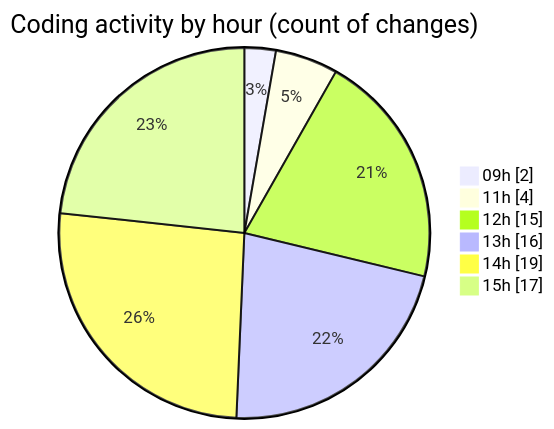
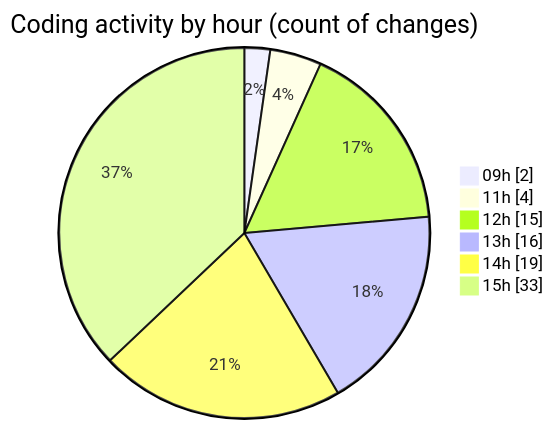
One commit to Elitesun/code-tracking changed the second of 2 diagrams in 2025-04-30/niten/README.md. Above: the diagram before and after it, drawn with Mermaid. The commit also changed other lines of this file and 1 other file, not shown here.

````diff
--- a/2025-04-30/niten/README.md
+++ b/2025-04-30/niten/README.md
@@ -53,10 +56,10 @@
 ```mermaid
 pie showData
 title Coding activity by hour (count of changes)
 "09h" : 2
 "11h" : 4
 "12h" : 15
 "13h" : 16
 "14h" : 19
-"15h" : 17
+"15h" : 33
 ```
````
